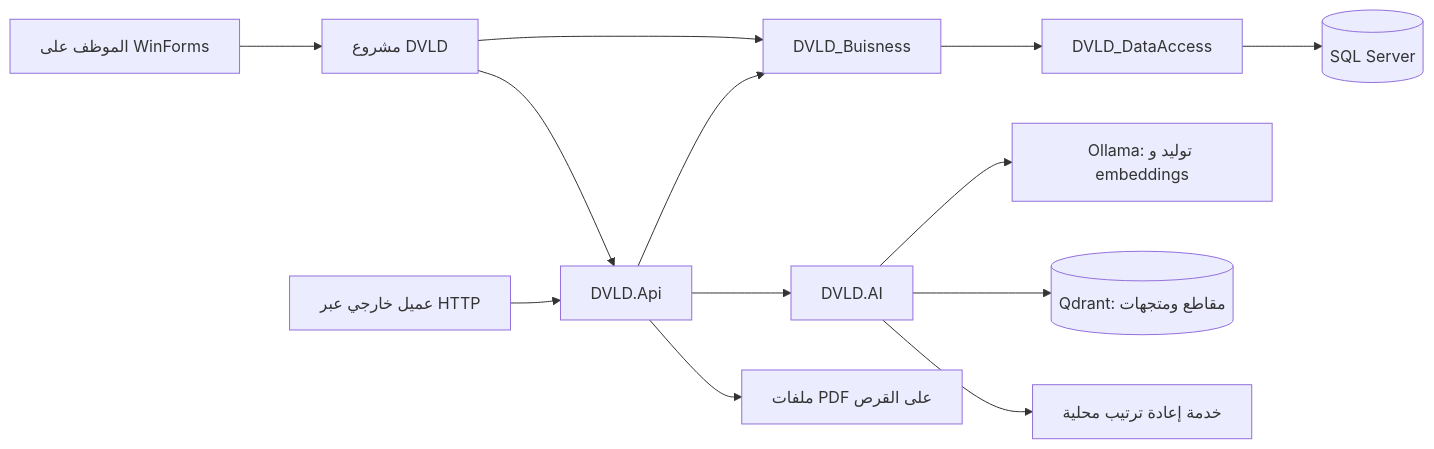
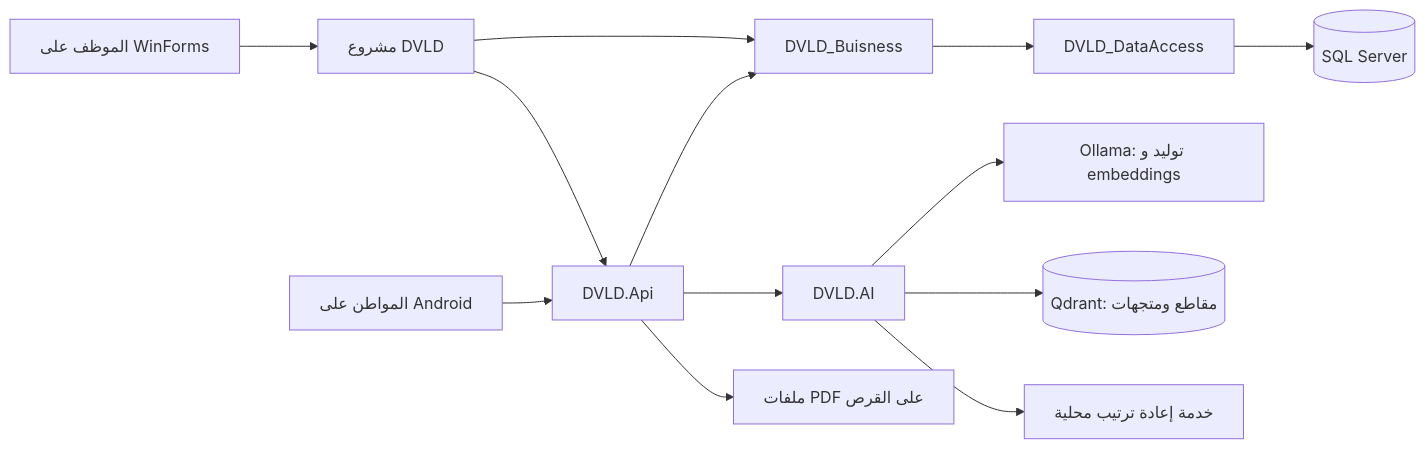
Before and after one commit to emadAlaa2003/DVLD_GraduationProject: the diagram in docs/project-guide/README.md, drawn with Mermaid. The commit also changed other lines of this file and 5 other files, not shown here.

````diff
--- a/docs/project-guide/README.md
+++ b/docs/project-guide/README.md
@@ -21,15 +22,15 @@
 ```mermaid
 flowchart LR
     Staff[الموظف على WinForms] --> Desktop[مشروع DVLD]
     Desktop --> Business[DVLD_Buisness]
     Business --> Data[DVLD_DataAccess]
     Data --> SQL[(SQL Server)]
     Desktop --> API[DVLD.Api]
-    Client[عميل خارجي عبر HTTP] --> API
+    Client[المواطن على Android] --> API
     API --> Business
     API --> AI[DVLD.AI]
     AI --> Ollama[Ollama: توليد و embeddings]
     AI --> Qdrant[(Qdrant: مقاطع ومتجهات)]
     AI --> Rerank[خدمة إعادة ترتيب محلية]
     API --> PDF[ملفات PDF على القرص]
 ```
````
